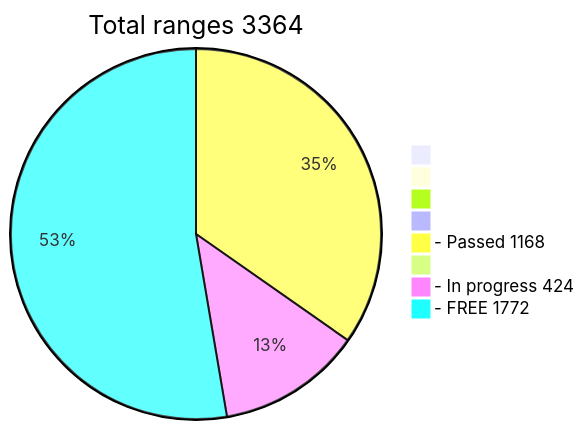
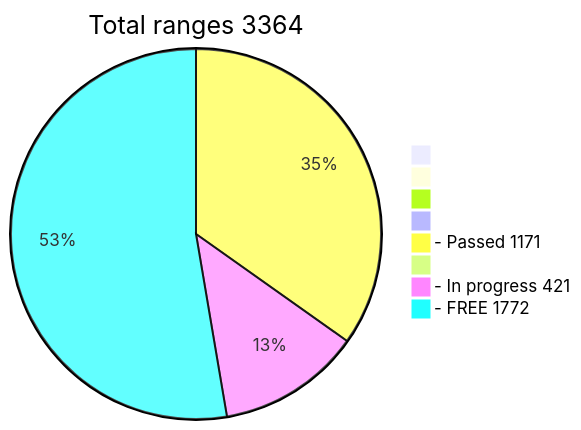
One commit to phrutis/wif500 changed the diagram in README.md. Above: the diagram before and after it, drawn with Mermaid.

````diff
--- a/README.md
+++ b/README.md
@@ -16,12 +16,12 @@
 ```mermaid
 pie title Total ranges 3364
              " " : 0
             "  " : 0
            "   " : 0
           "    " : 0
-  "- Passed 1168" : 1168
+  "- Passed 1171" : 1171
          "     " : 0
-  "- In progress 424" : 424
+  "- In progress 421" : 421
    "- FREE 1772" : 1772
    
 ```
````
